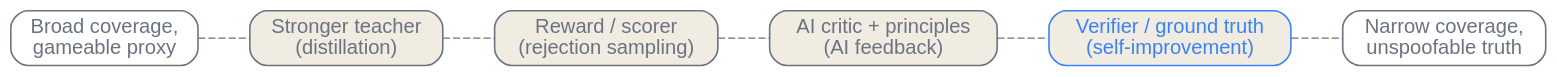
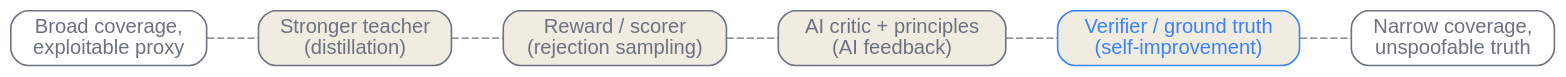
The third of 3 diagrams in en/adaptation/04-synthetic-data-self-improvement.qmd (latere-ai/ai-as-an-infrastructure), drawn with Graphviz before and after one commit. The commit also changed other lines of this file and 94 other files, not shown here.

````diff
--- a/en/adaptation/04-synthetic-data-self-improvement.qmd
+++ b/en/adaptation/04-synthetic-data-self-improvement.qmd
@@ -256,20 +254,20 @@
 ```{dot}
 //| label: fig-synthetic-data-tradeoff
-//| fig-cap: "The four sources of judgment in the coverage-versus-trust space. Broad coverage buys gameable proxies, near-unspoofable ground truth costs coverage, and the methods lie along the antidiagonal between them."
+//| fig-cap: "The four sources of judgment in the coverage-versus-trust space. Broad coverage buys exploitable proxies, near-unspoofable ground truth costs coverage, and the methods lie along the antidiagonal between them."
 digraph tradeoff {
   bgcolor="transparent";
   rankdir=LR;
   node [shape=box, style="rounded,filled", fontname="Helvetica", color="#6b7280", fontcolor="#6b7280", fillcolor="#f1ece1", penwidth=1.1];
   edge [color="#6b7280", fontcolor="#6b7280", arrowhead=none, style=dashed];
 
-  broad   [label="Broad coverage,\ngameable proxy", fillcolor="transparent"];
+  broad   [label="Broad coverage,\nexploitable proxy", fillcolor="transparent"];
   narrow  [label="Narrow coverage,\nunspoofable truth", fillcolor="transparent"];
 
   teacher  [label="Stronger teacher\n(distillation)"];
   rej      [label="Reward / scorer\n(rejection sampling)"];
   critic   [label="AI critic + principles\n(AI feedback)"];
   verifier [label="Verifier / ground truth\n(self-improvement)", color="#3b82f6", fontcolor="#3b82f6"];
 
   broad -> teacher -> rej -> critic -> verifier -> narrow;
 }
 ```
````
